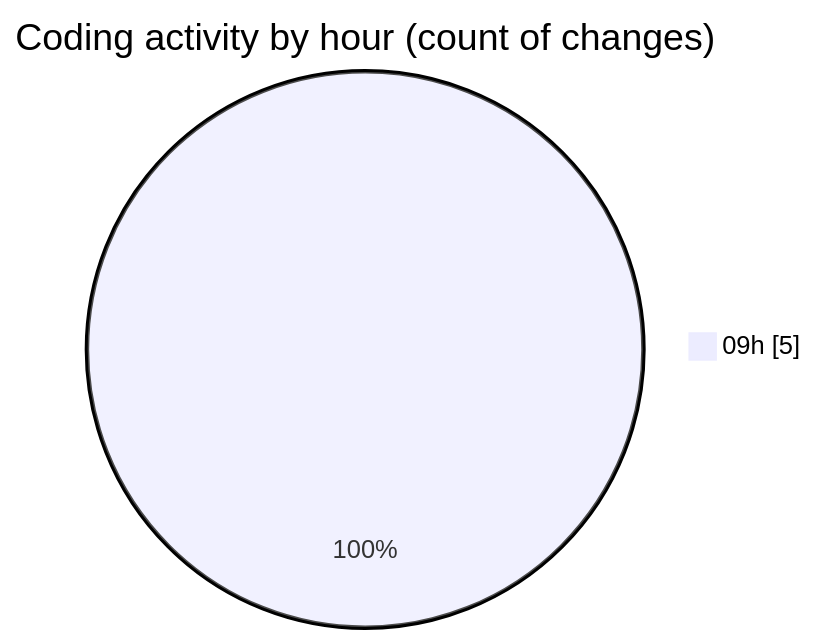
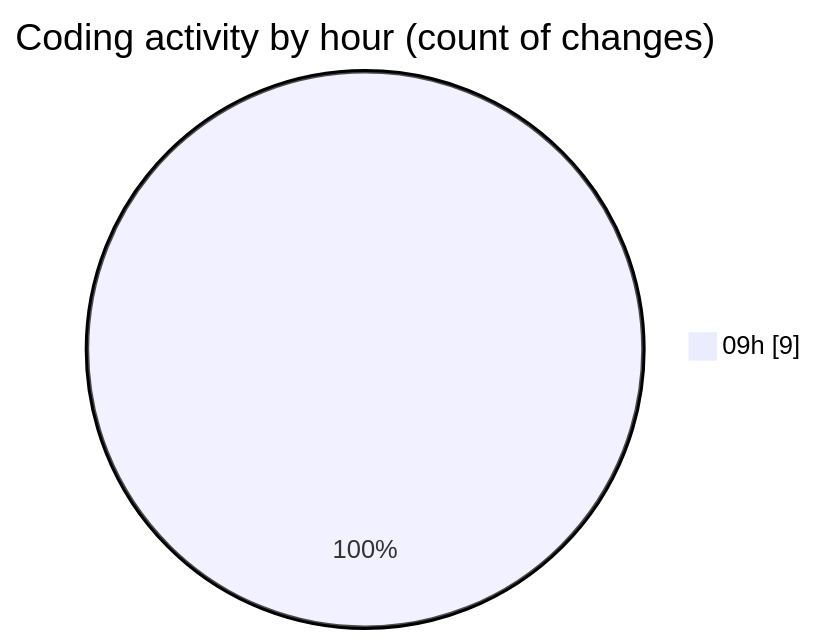
The second of 2 diagrams in 2025-01-06/totem/README.md (LanceThiago/code-tracking), drawn with Mermaid before and after one commit. The commit also changed other lines of this file and 1 other file, not shown here.

````diff
--- a/2025-01-06/totem/README.md
+++ b/2025-01-06/totem/README.md
@@ -30,5 +30,5 @@
 ```mermaid
 pie showData
 title Coding activity by hour (count of changes)
-"09h" : 5
+"09h" : 9
 ```
````
